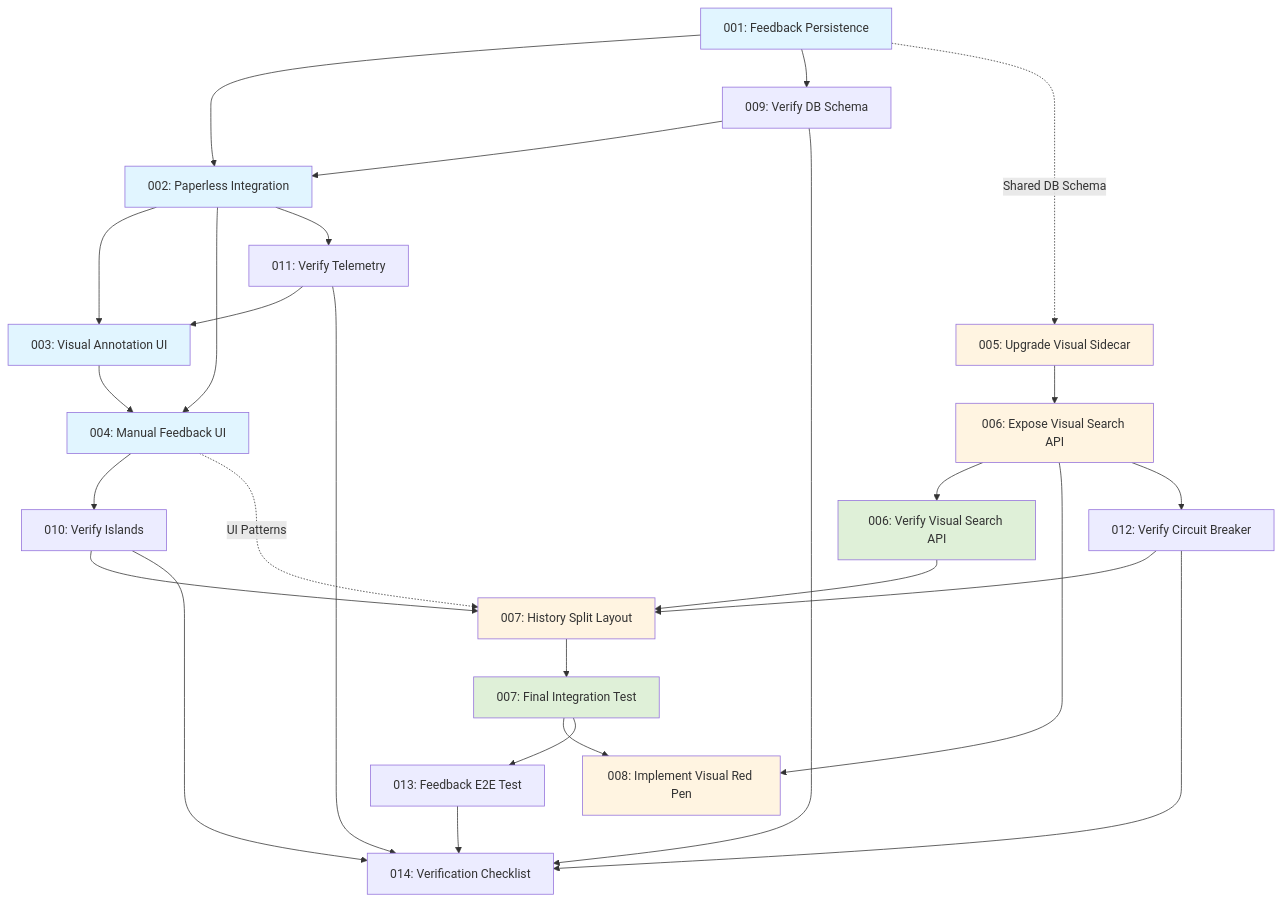
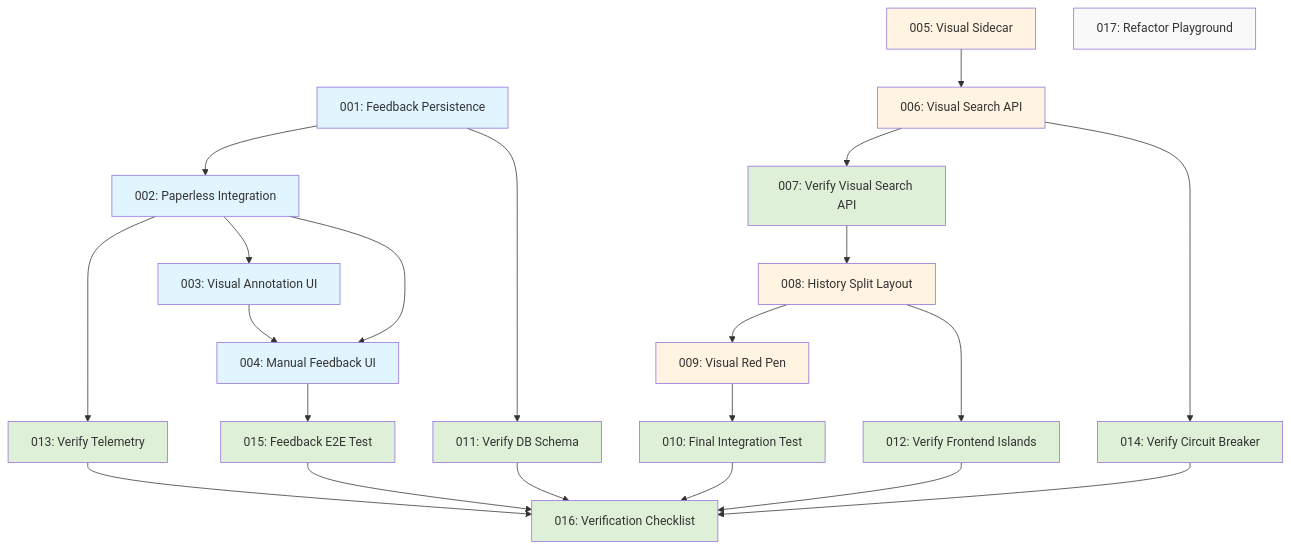
The diagram in prompts/EXECUTION_ORDER.md (Walchshofer/paperless-ai), drawn with Mermaid before and after one commit. The commit also changed other lines of this file and 13 other files, not shown here.

````diff
--- a/prompts/EXECUTION_ORDER.md
+++ b/prompts/EXECUTION_ORDER.md
@@ -8,43 +8,46 @@
 ```mermaid
 graph TD
+    %% Phase 1: Backend Foundation
     001[001: Feedback Persistence] --> 002[002: Paperless Integration]
+    001 --> 011[011: Verify DB Schema]
+    002 --> 013[013: Verify Telemetry]
+
+    %% Phase 2: Manual Route UI
     002 --> 003[003: Visual Annotation UI]
     002 --> 004[004: Manual Feedback UI]
     003 --> 004
+    004 --> 015[015: Feedback E2E Test]
 
-    005[005: Upgrade Visual Sidecar] --> 006[006: Expose Visual Search API]
-    006 --> 006v[006: Verify Visual Search API]
-    006v --> 007[007: History Split Layout]
-    007 --> 007v[007: Final Integration Test]
-    007v --> 008[008: Implement Visual Red Pen]
-    006 --> 008
+    %% Phase 3: History Route Enhancement
+    005[005: Visual Sidecar] --> 006[006: Visual Search API]
+    006 --> 007[007: Verify Visual Search API]
+    006 --> 014[014: Verify Circuit Breaker]
+    007 --> 008[008: History Split Layout]
+    008 --> 009[009: Visual Red Pen]
+    008 --> 012[012: Verify Frontend Islands]
+    009 --> 010[010: Final Integration Test]
 
-    001 --> 009[009: Verify DB Schema]
-    009 --> 002
-
-    002 --> 011[011: Verify Telemetry]
-    011 --> 003
-
-    004 --> 010[010: Verify Islands]
-    010 --> 007
-
-    006 --> 012[012: Verify Circuit Breaker]
-    012 --> 007
-
-    007v --> 013[013: Feedback E2E Test]
-    009 & 010 & 011 & 012 & 013 --> 014[014: Verification Checklist]
-
-    001 -.->|Shared DB Schema| 005
-    004 -.->|UI Patterns| 007
+    %% Phase 4: Final Verification & Cleanup
+    011 & 012 & 013 & 014 & 015 & 010 --> 016[016: Verification Checklist]
+    
+    %% Independent / Cleanup
+    017[017: Refactor Playground]
 
     style 001 fill:#e1f5ff
     style 002 fill:#e1f5ff
     style 003 fill:#e1f5ff
     style 004 fill:#e1f5ff
     style 005 fill:#fff4e1
     style 006 fill:#fff4e1
-    style 006v fill:#dff0d8
-    style 007 fill:#fff4e1
-    style 007v fill:#dff0d8
+    style 007 fill:#dff0d8
     style 008 fill:#fff4e1
+    style 009 fill:#fff4e1
+    style 010 fill:#dff0d8
+    style 011 fill:#dff0d8
+    style 012 fill:#dff0d8
+    style 013 fill:#dff0d8
+    style 014 fill:#dff0d8
+    style 015 fill:#dff0d8
+    style 016 fill:#dff0d8
+    style 017 fill:#f9f9f9
 ```
````
